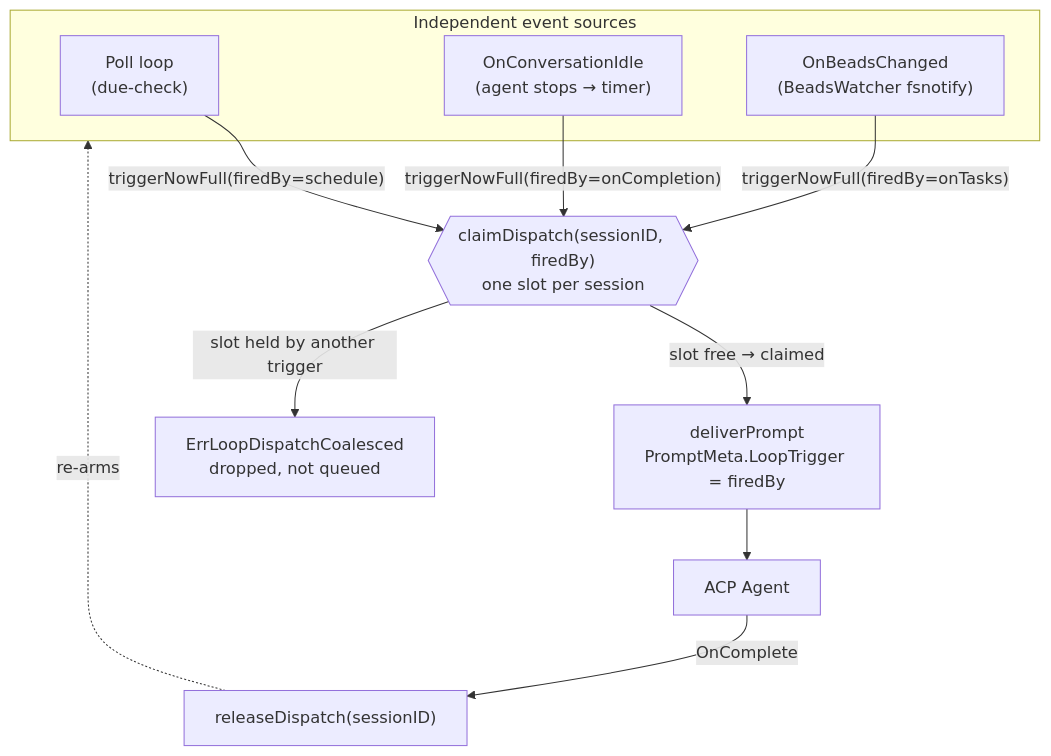
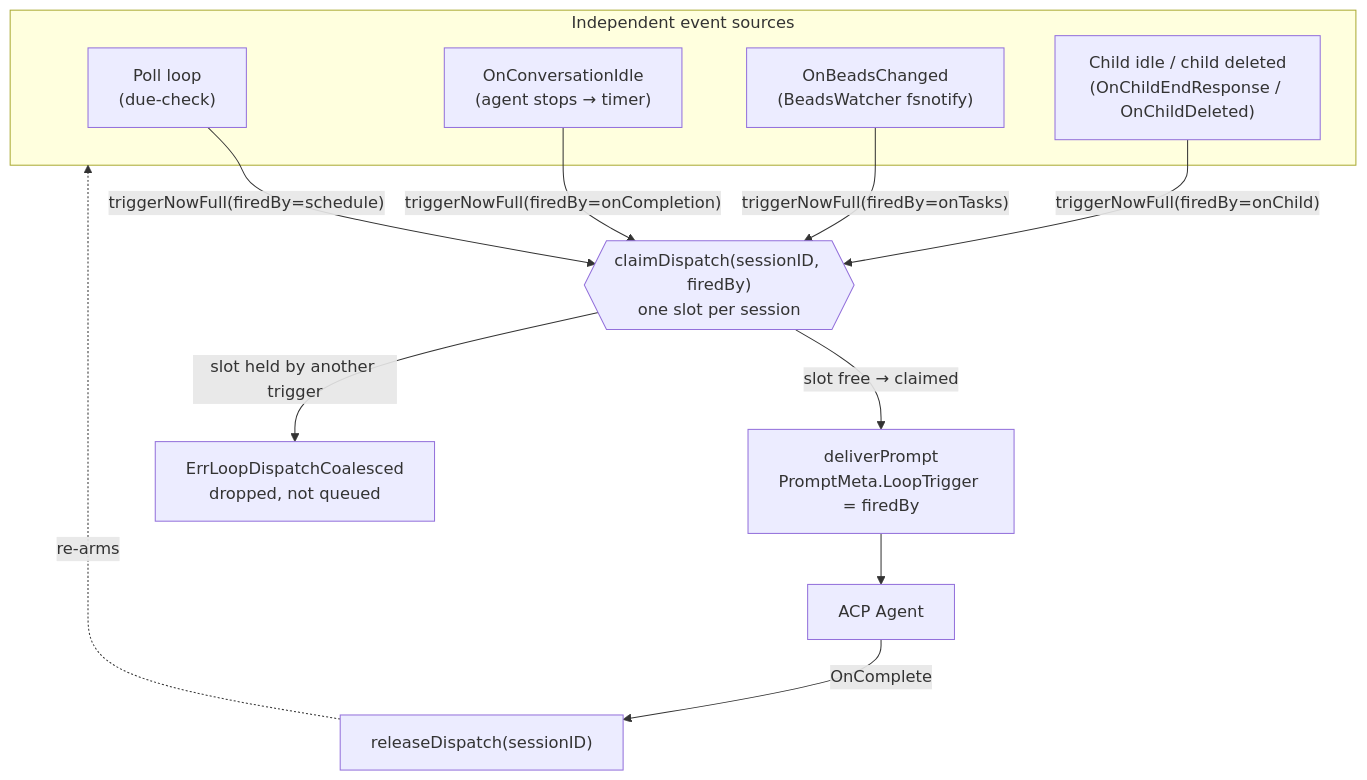
The second of 6 diagrams in docs/devel/message-queue.md (inercia/mitto), drawn with Mermaid before and after one commit. The commit also changed other lines of this file and 2 other files, not shown here.

First line of the commit message:
docs(mitto-987y.8): document onChild loop trigger + cross-cutting E2E test

````diff
--- a/docs/devel/message-queue.md
+++ b/docs/devel/message-queue.md
@@ -173,20 +174,22 @@
 ```mermaid
 flowchart TB
     subgraph Sources["Independent event sources"]
         SCHED["Poll loop<br/>(due-check)"]
         COMP["OnConversationIdle<br/>(agent stops → timer)"]
         TASKS["OnBeadsChanged<br/>(BeadsWatcher fsnotify)"]
+        CHILD["Child idle / child deleted<br/>(OnChildEndResponse / OnChildDeleted)"]
     end
 
     SCHED -->|"triggerNowFull(firedBy=schedule)"| CLAIM
     COMP -->|"triggerNowFull(firedBy=onCompletion)"| CLAIM
     TASKS -->|"triggerNowFull(firedBy=onTasks)"| CLAIM
+    CHILD -->|"triggerNowFull(firedBy=onChild)"| CLAIM
 
     CLAIM{{"claimDispatch(sessionID, firedBy)<br/>one slot per session"}}
     CLAIM -->|"slot free → claimed"| DELIVER["deliverPrompt<br/>PromptMeta.LoopTrigger = firedBy"]
     CLAIM -->|"slot held by another trigger"| DROP["ErrLoopDispatchCoalesced<br/>dropped, not queued"]
 
     DELIVER --> AGENT[ACP Agent]
     AGENT -->|OnComplete| RELEASE["releaseDispatch(sessionID)"]
     RELEASE -.->|"re-arms"| Sources
 ```
````
